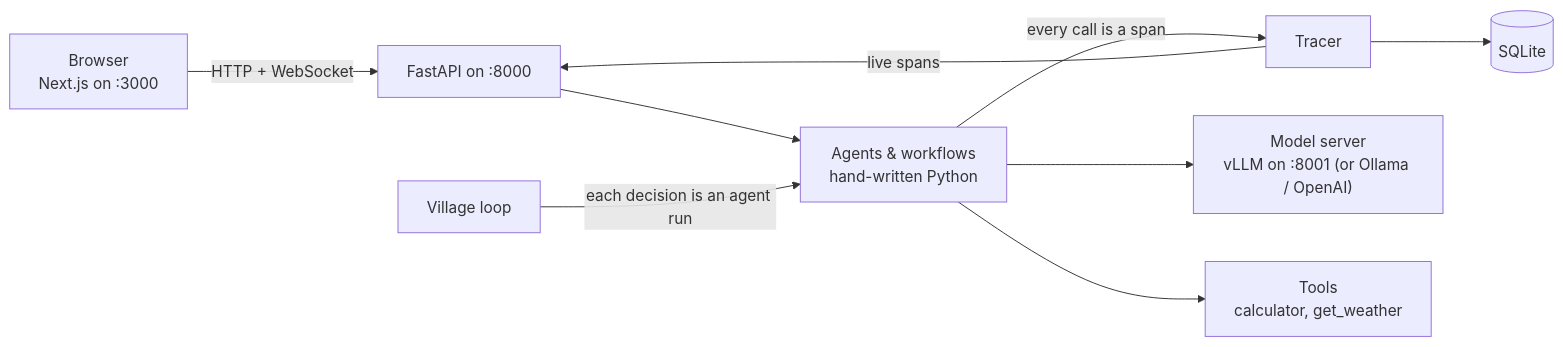
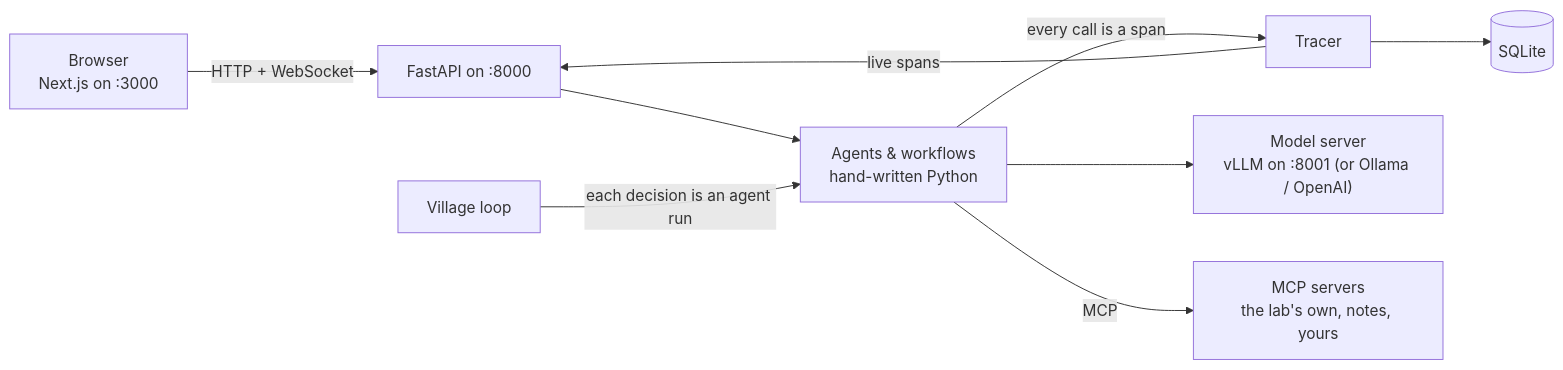
The diagram in README.md (chrysogonus/agent-lab), drawn with Mermaid before and after one commit. The commit also changed other lines of this file and 8 other files, not shown here.

````diff
--- a/README.md
+++ b/README.md
@@ -26,11 +27,11 @@
 ```mermaid
 flowchart LR
     UI["Browser<br/>Next.js on :3000"] -- "HTTP + WebSocket" --> API["FastAPI on :8000"]
     API --> Agents["Agents & workflows<br/>hand-written Python"]
     Agents -- "every call is a span" --> Tracer["Tracer"]
     Agents --> LLM["Model server<br/>vLLM on :8001 (or Ollama / OpenAI)"]
-    Agents --> Tools["Tools<br/>calculator, get_weather"]
+    Agents -- "MCP" --> Tools["MCP servers<br/>the lab's own, notes, yours"]
     Tracer --> DB[("SQLite")]
     Tracer -- "live spans" --> API
     Village["Village loop"] -- "each decision is an agent run" --> Agents
 ```
````
